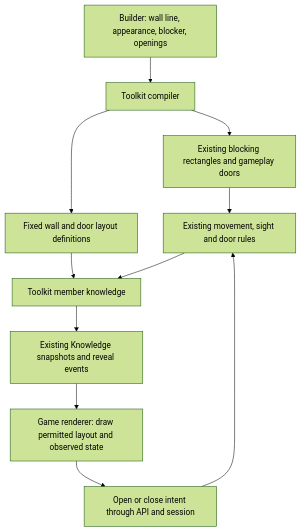
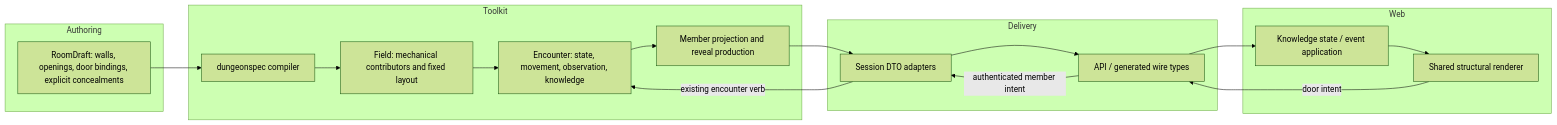
One commit to KirkDiggler/rpg-project changed the diagram in ideas/dungeon-authoring/world-builder/structural-surfaces/README.md. Above: the diagram before and after it, drawn with Mermaid (forest theme). The commit also changed other lines of this file, not shown here.

First line of the commit message:
docs: describe wall architecture and correct concealment assumptions

````diff
--- a/ideas/dungeon-authoring/world-builder/structural-surfaces/README.md
+++ b/ideas/dungeon-authoring/world-builder/structural-surfaces/README.md
@@ -28,13 +9,24 @@
 ```mermaid
-flowchart TD
-    A[Builder: wall line, appearance, blocker, openings] --> C[Toolkit compiler]
-    C --> B[Existing blocking rectangles and gameplay doors]
-    C --> L[Fixed wall and door layout definitions]
-    B --> G[Existing movement, sight and door rules]
-    L --> K[Toolkit member knowledge]
-    G --> K
-    K --> S[Existing Knowledge snapshots and reveal events]
-    S --> R[Game renderer: draw permitted layout and observed state]
-    R --> I[Open or close intent through API and session]
-    I --> G
+flowchart LR
+    subgraph Authoring
+        D[RoomDraft: walls, openings, door bindings, explicit concealments]
+    end
+    subgraph Toolkit
+        C[dungeonspec compiler]
+        F[Field: mechanical contributors and fixed layout]
+        E[Encounter: state, movement, observation, knowledge]
+        P[Member projection and reveal production]
+    end
+    subgraph Delivery
+        S[Session DTO adapters]
+        A[API / generated wire types]
+    end
+    subgraph Web
+        K[Knowledge state / event application]
+        R[Shared structural renderer]
+    end
+    D --> C --> F --> E --> P --> S --> A --> K --> R
+    R -- door intent --> A
+    A -- authenticated member intent --> S
+    S -- existing encounter verb --> E
 ```
````
